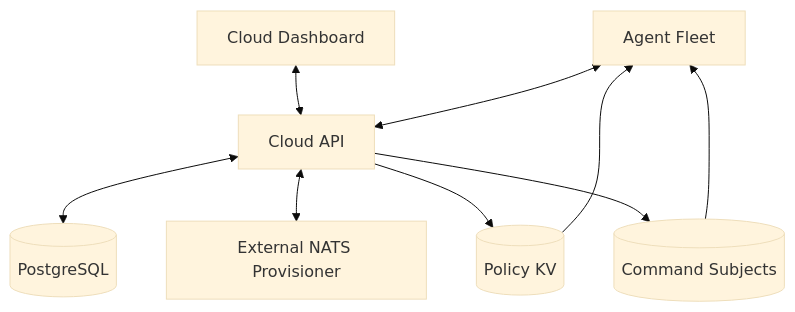
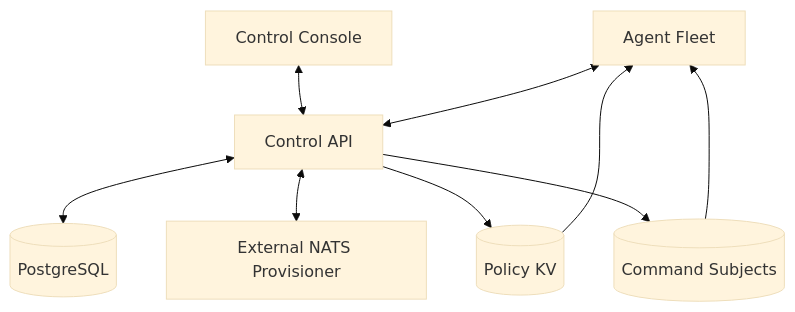
One commit to ansulev/clawdstrike changed the second of 3 diagrams in README.md. Above: the diagram before and after it, drawn with Mermaid (base theme). The commit also changed other lines of this file and 199 other files, not shown here.

First line of the commit message:
feat!: hard-cut rename Cloud API/Dashboard to Control API/Control Console (#151)

````diff
--- a/README.md
+++ b/README.md
@@ -696,19 +696,19 @@
 ```mermaid
 flowchart TB
     AF[Agent Fleet]
-    API[Cloud API]
-    DASH[Cloud Dashboard]
+    API[Control API]
+    DASH[Control Console]
     DB[(PostgreSQL)]
     PROV[External NATS Provisioner]
     KV[(Policy KV)]
     CMD[(Command Subjects)]
 
     DASH <--> API
     API <--> DB
     API <--> PROV
     AF <--> API
     API --> KV
     KV --> AF
     API --> CMD
     CMD --> AF
 ```
````
